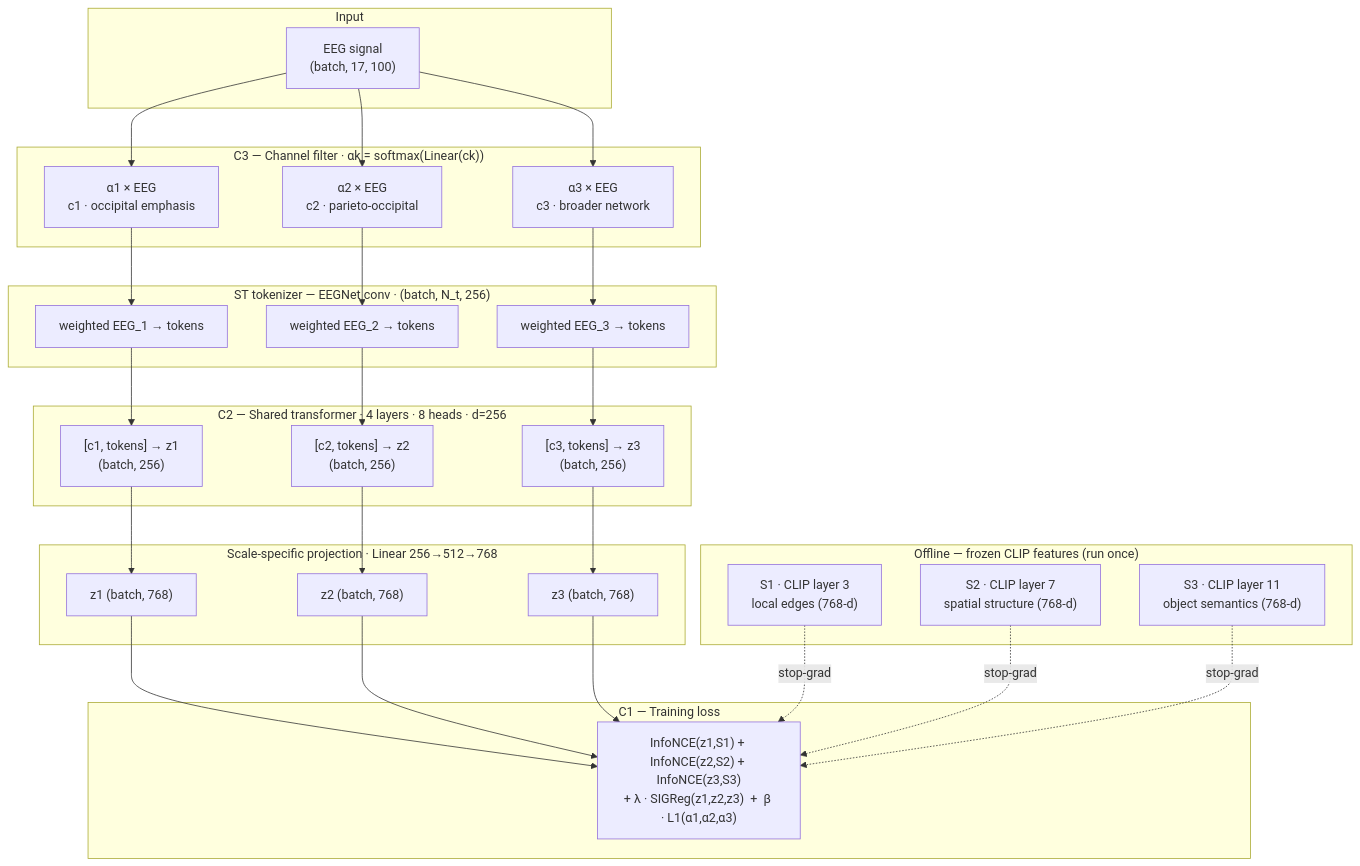
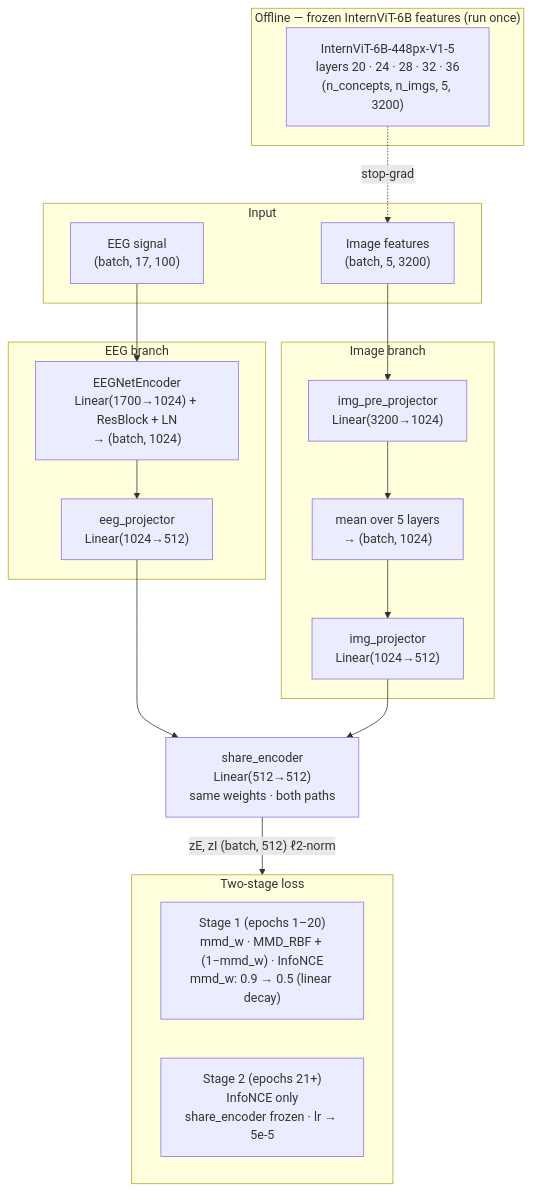
One commit to RTae/SUPA-EEG changed the first of 2 diagrams in README.md. Above: the diagram before and after it, drawn with Mermaid. The commit also changed other lines of this file, not shown here.

Commit message:
refactor: update README to reflect changes in SUPAEEG architecture and feature extraction process

````diff
--- a/README.md
+++ b/README.md
@@ -8,55 +12,34 @@
 ```mermaid
 flowchart TD
-    subgraph OFFLINE["Offline — frozen CLIP features  (run once)"]
-        S1["S1 · CLIP layer 3\nlocal edges (768-d)"]
-        S2["S2 · CLIP layer 7\nspatial structure (768-d)"]
-        S3["S3 · CLIP layer 11\nobject semantics (768-d)"]
+    subgraph OFFLINE["Offline — frozen InternViT-6B features (run once)"]
+        IV["InternViT-6B-448px-V1-5\nlayers 20 · 24 · 28 · 32 · 36\n(n_concepts, n_imgs, 5, 3200)"]
     end
 
     subgraph INPUT["Input"]
         EEG["EEG signal\n(batch, 17, 100)"]
+        IMG["Image features\n(batch, 5, 3200)"]
     end
 
-    subgraph CHANNEL["C3 — Channel filter · αk = softmax(Linear(ck))"]
-        CA1["α1 × EEG\nc1 · occipital emphasis"]
-        CA2["α2 × EEG\nc2 · parieto-occipital"]
-        CA3["α3 × EEG\nc3 · broader network"]
+    subgraph EEG_PATH["EEG branch"]
+        EE["EEGNetEncoder\nLinear(1700→1024) + ResBlock + LN\n→ (batch, 1024)"]
+        EP["eeg_projector\nLinear(1024→512)"]
     end
 
-    subgraph TOKENIZER["ST tokenizer — EEGNet conv · (batch, N_t, 256)"]
-        T1["weighted EEG_1 → tokens"]
-        T2["weighted EEG_2 → tokens"]
-        T3["weighted EEG_3 → tokens"]
+    subgraph IMG_PATH["Image branch"]
+        IP1["img_pre_projector\nLinear(3200→1024)"]
+        AVG["mean over 5 layers\n→ (batch, 1024)"]
+        IP2["img_projector\nLinear(1024→512)"]
     end
 
-    subgraph ENCODER["C2 — Shared transformer · 4 layers · 8 heads · d=256"]
-        E1["[c1, tokens] → z1\n(batch, 256)"]
-        E2["[c2, tokens] → z2\n(batch, 256)"]
-        E3["[c3, tokens] → z3\n(batch, 256)"]
+    SE["share_encoder\nLinear(512→512)\nsame weights · both paths"]
+
+    subgraph LOSS["Two-stage loss"]
+        S1["Stage 1 (epochs 1–20)\nmmd_w · MMD_RBF + (1−mmd_w) · InfoNCE\nmmd_w: 0.9 → 0.5 (linear decay)"]
+        S2["Stage 2 (epochs 21+)\nInfoNCE only\nshare_encoder frozen · lr → 5e-5"]
     end
 
-    subgraph PROJ["Scale-specific projection · Linear 256→512→768"]
-        P1["z1  (batch, 768)"]
-        P2["z2  (batch, 768)"]
-        P3["z3  (batch, 768)"]
-    end
-
-    subgraph LOSS["C1 — Training loss"]
-        L["InfoNCE(z1,S1) + InfoNCE(z2,S2) + InfoNCE(z3,S3)\n+ λ · SIGReg(z1,z2,z3)  +  β · L1(α1,α2,α3)"]
-    end
-
-    EEG --> CA1 & CA2 & CA3
-    CA1 --> T1
-    CA2 --> T2
-    CA3 --> T3
-    T1 --> E1
-    T2 --> E2
-    T3 --> E3
-    E1 --> P1
-    E2 --> P2
-    E3 --> P3
-    P1 & P2 & P3 --> L
-    S1 -.->|stop-grad| L
-    S2 -.->|stop-grad| L
-    S3 -.->|stop-grad| L
+    EEG --> EE --> EP --> SE
+    IMG --> IP1 --> AVG --> IP2 --> SE
+    SE -->|"zE, zI  (batch, 512) ℓ2-norm"| LOSS
+    IV -.->|stop-grad| IMG
 ```
````
